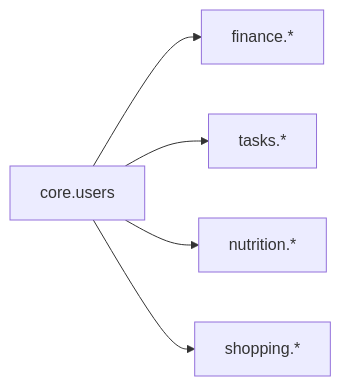
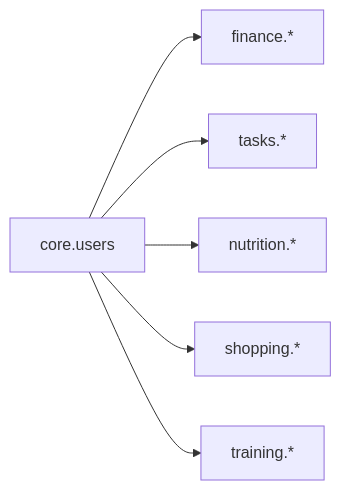
The diagram in docs/db/db-overview.md (connor-ruff/disci), drawn with Mermaid before and after one commit. The commit also changed other lines of this file and 55 other files, not shown here.

````diff
--- a/docs/db/db-overview.md
+++ b/docs/db/db-overview.md
@@ -33,8 +35,9 @@
 ```mermaid
 flowchart LR
     users["core.users"]
     users --> finance["finance.*"]
     users --> tasks["tasks.*"]
     users --> nutrition["nutrition.*"]
     users --> shopping["shopping.*"]
+    users --> training["training.*"]
 ```
````
